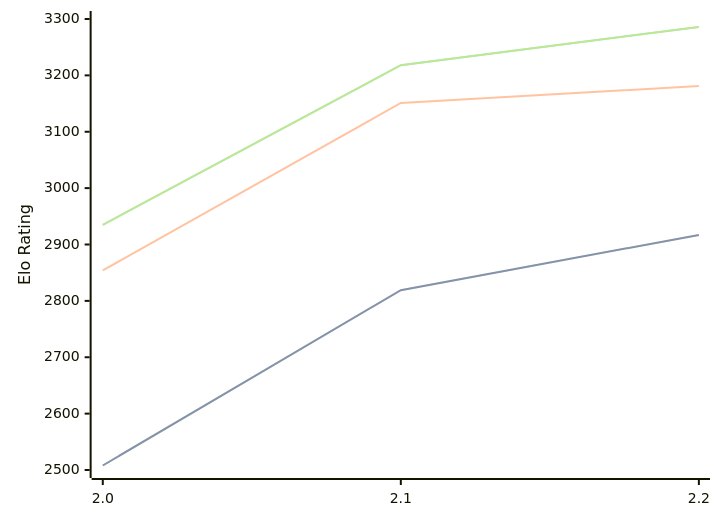
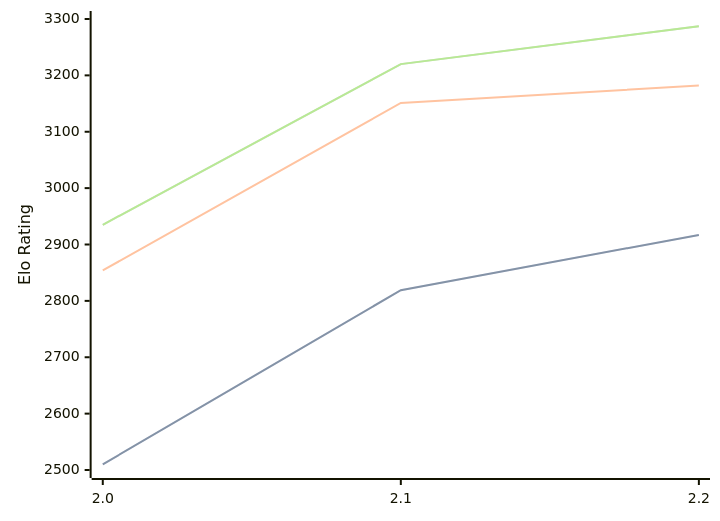
One commit to computer-chess-index/cci changed the diagram in engines/Tunguska.md. Above: the diagram before and after it, drawn with Mermaid. The commit also changed other lines of this file, not shown here.

Commit message:
Update CCI Ratings (ELO VLTC) - 2026-10-08

````diff
--- a/engines/Tunguska.md
+++ b/engines/Tunguska.md
@@ -33,11 +33,11 @@
 ```mermaid
 %%{init: {"theme":"base","themeVariables":{"seriesColors:['#a3a3a3','#222221','#faa371']}}}%%
 xychart-beta
   x-axis ["2.0", "2.1", "2.2"]
   y-axis "Elo Rating" 2500 --> 3300
-  line "" [2508, 2819, 2917]
-  line "STC (8.0+0.08s)" [2508, 2819, 2917]
-  line "LTC (60.0+0.60s)" [2854, 3151, 3181]
-  line "" [2935, 3218, 3286]
-  line "VLTC (2m24s+1.12s)" [2935, 3218, 3286]
+  line "" [2510, 2819, 2917]
+  line "STC (8.0+0.08s)" [2510, 2819, 2917]
+  line "LTC (60.0+0.60s)" [2854, 3151, 3182]
+  line "" [2935, 3220, 3287]
+  line "VLTC (2m24s+1.12s)" [2935, 3220, 3287]
 ```
````
